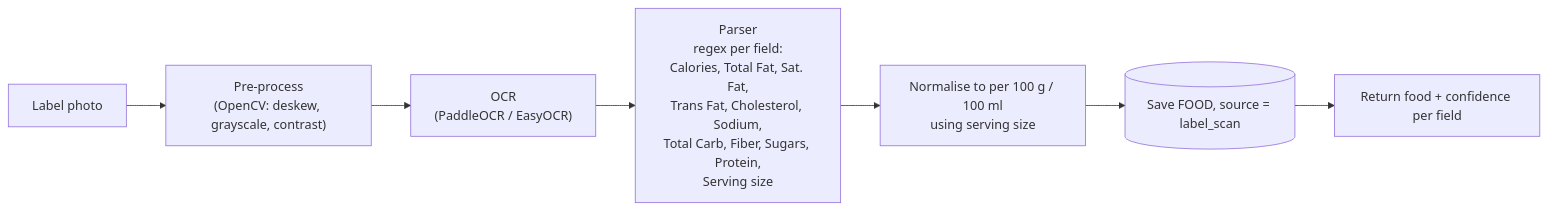
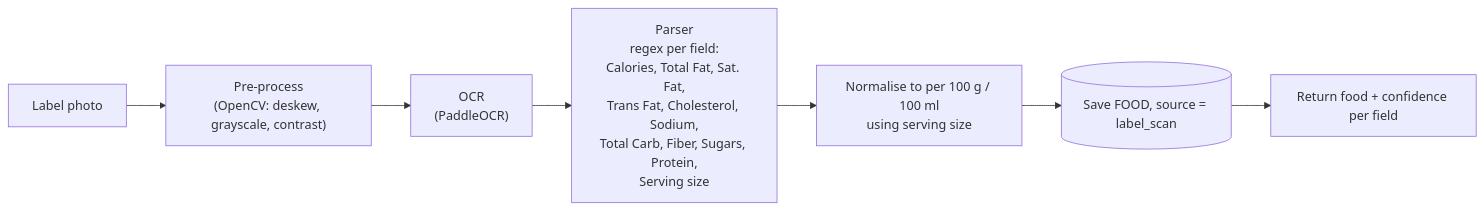
Before and after one commit to EyadAlayed506/fastapi_tutorial: the fourth of 4 diagrams in fitness_app/ARCHITECTURE.md, drawn with Mermaid. The commit also changed other lines of this file, not shown here.

First line of the commit message:
Update architecture with mobile, sign-up email, QR, and CPU-only decisions

````diff
--- a/fitness_app/ARCHITECTURE.md
+++ b/fitness_app/ARCHITECTURE.md
@@ -402,9 +406,9 @@
 ```mermaid
 flowchart LR
     A[Label photo] --> B["Pre-process<br/>(OpenCV: deskew, grayscale, contrast)"]
-    B --> C["OCR<br/>(PaddleOCR / EasyOCR)"]
+    B --> C["OCR<br/>(PaddleOCR)"]
     C --> D["Parser<br/>regex per field:<br/>Calories, Total Fat, Sat. Fat,<br/>Trans Fat, Cholesterol, Sodium,<br/>Total Carb, Fiber, Sugars, Protein,<br/>Serving size"]
     D --> E["Normalise to per 100 g / 100 ml<br/>using serving size"]
     E --> F[(Save FOOD, source = label_scan)]
     F --> G[Return food + confidence per field]
 ```
````
